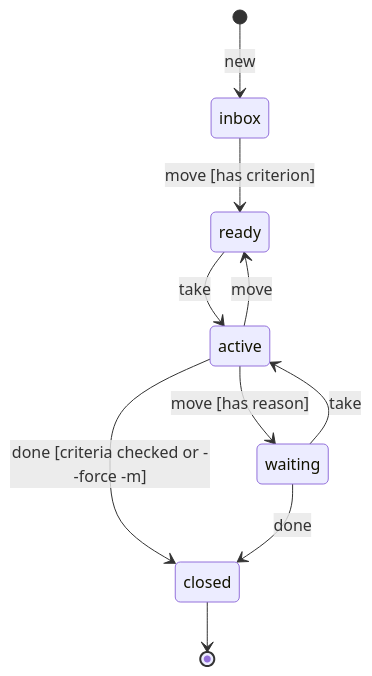
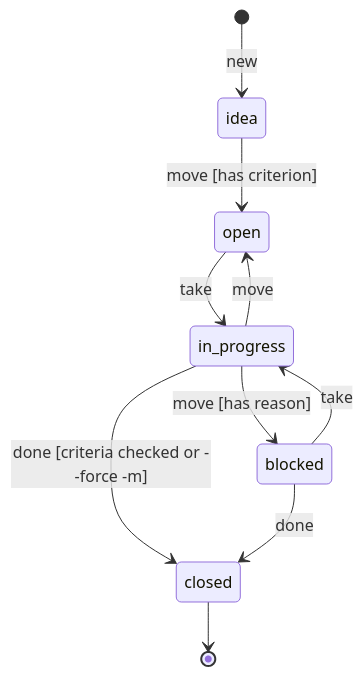
The fourth of 4 diagrams in docs/architecture.md (daniil4545/tix), drawn with Mermaid before and after one commit. The commit also changed other lines of this file and 64 other files, not shown here.

````diff
--- a/docs/architecture.md
+++ b/docs/architecture.md
@@ -167,12 +168,12 @@
 ```mermaid
 stateDiagram-v2
-  [*] --> inbox: new
-  inbox --> ready: move [has criterion]
-  ready --> active: take
-  waiting --> active: take
-  active --> waiting: move [has reason]
-  active --> ready: move
-  active --> closed: done [criteria checked or --force -m]
-  waiting --> closed: done
+  [*] --> idea: new
+  idea --> open: move [has criterion]
+  open --> in_progress: take
+  blocked --> in_progress: take
+  in_progress --> blocked: move [has reason]
+  in_progress --> open: move
+  in_progress --> closed: done [criteria checked or --force -m]
+  blocked --> closed: done
   closed --> [*]
 ```
````
